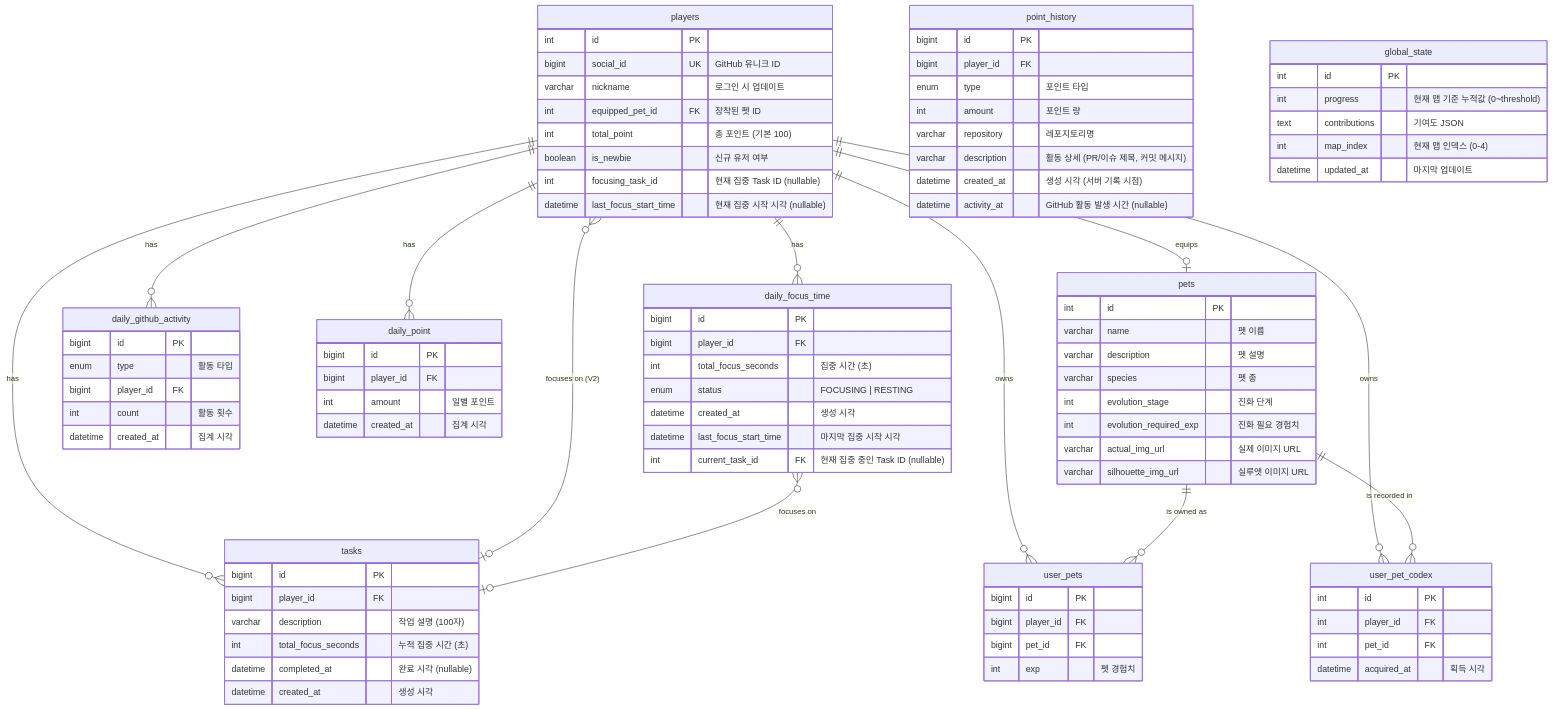
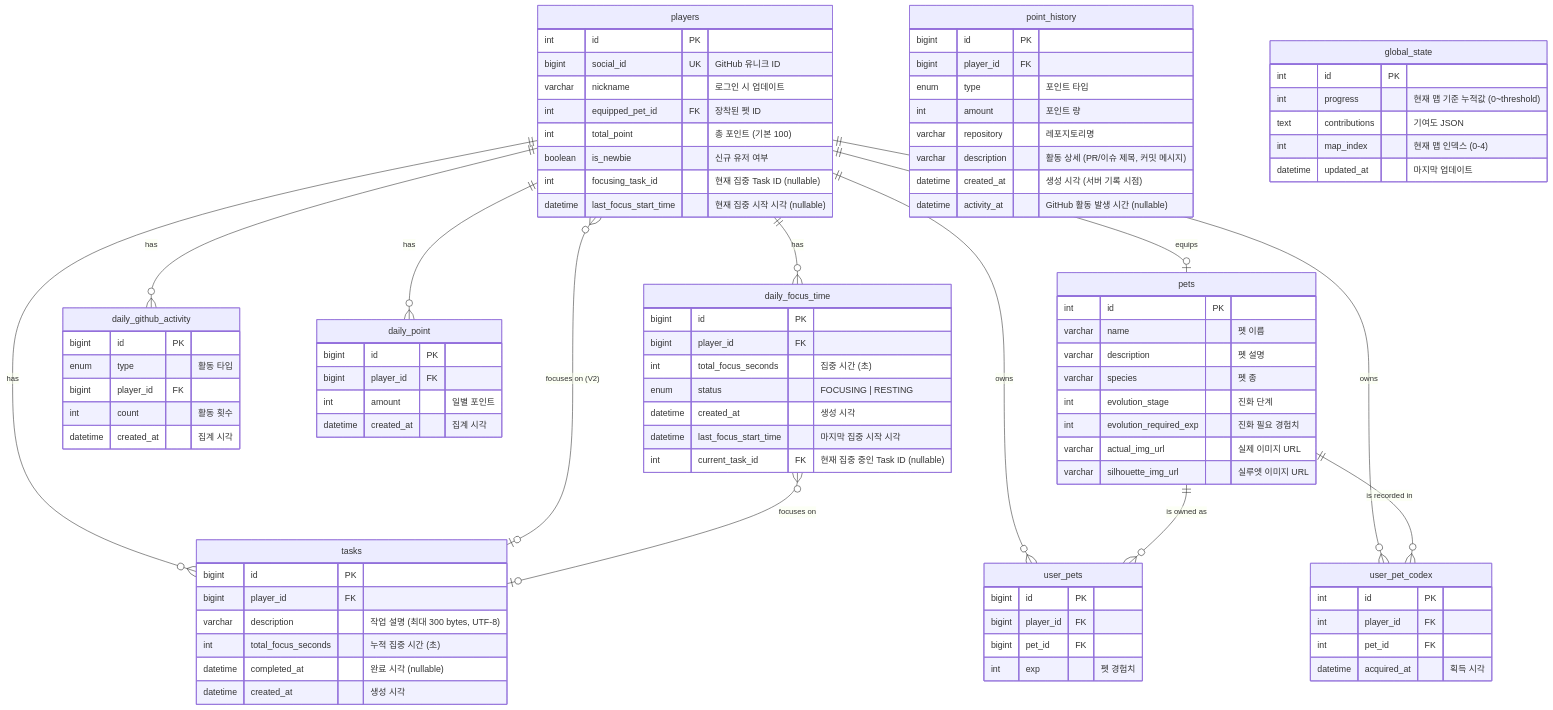
The diagram in docs/guides/ERD.md (boostcampwm2025/web19-estrogenquattro), drawn with Mermaid before and after one commit. The commit also changed other lines of this file and 9 other files, not shown here.

```diff
--- a/docs/guides/ERD.md
+++ b/docs/guides/ERD.md
@@ -36,7 +36,7 @@
     tasks {
         bigint id PK
         bigint player_id FK
-        varchar description "작업 설명 (100자)"
+        varchar description "작업 설명 (최대 300 bytes, UTF-8)"
         int total_focus_seconds "누적 집중 시간 (초)"
         datetime completed_at "완료 시각 (nullable)"
         datetime created_at "생성 시각"
```
